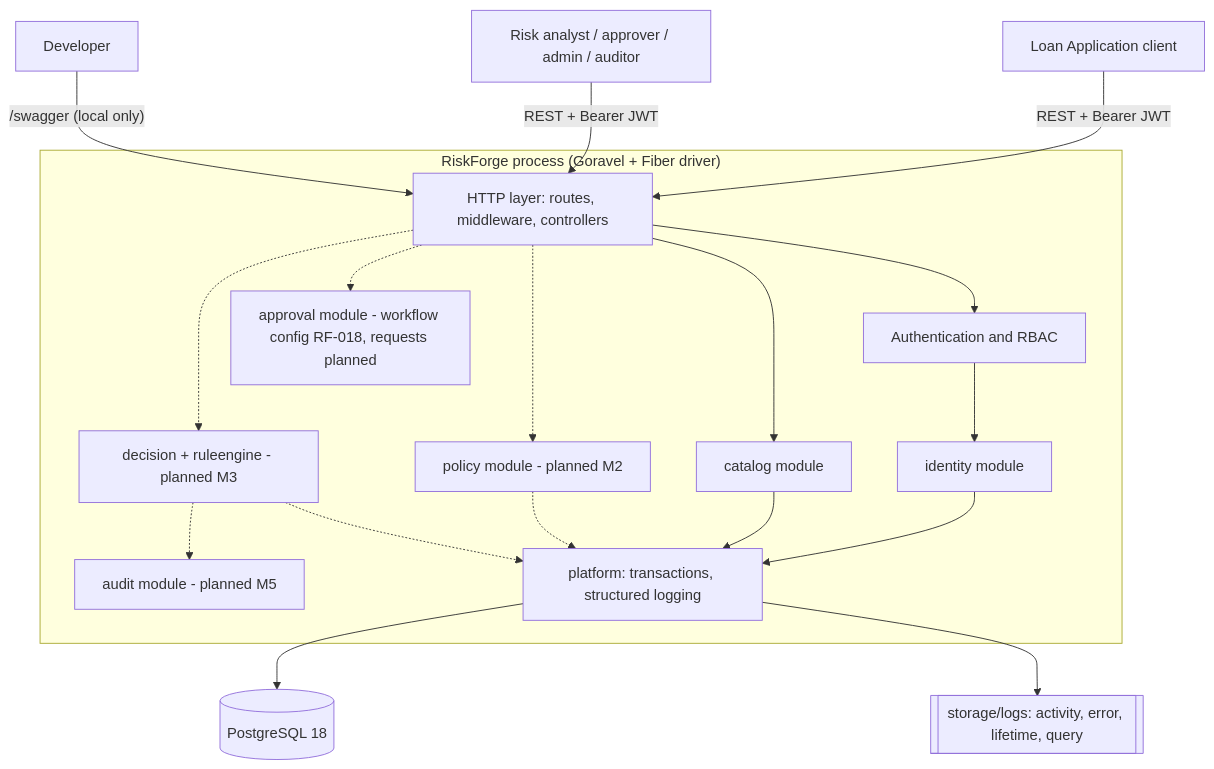
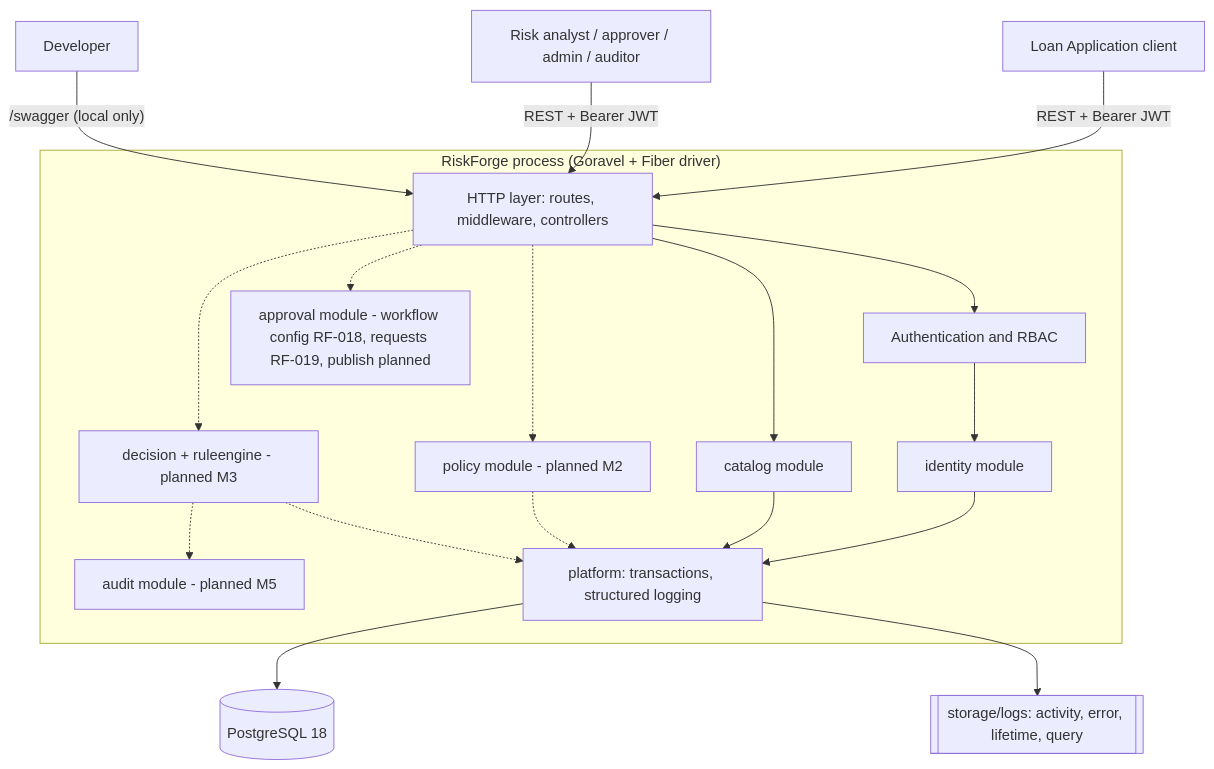
The first of 4 diagrams in docs/ARCHITECTURE.md (lathief/RiskForge), drawn with Mermaid before and after one commit. The commit also changed other lines of this file and 45 other files, not shown here.

````diff
--- a/docs/ARCHITECTURE.md
+++ b/docs/ARCHITECTURE.md
@@ -7,25 +7,25 @@
 ```mermaid
 flowchart TD
     LoanApp[Loan Application client] -->|"REST + Bearer JWT"| API
     Staff[Risk analyst / approver / admin / auditor] -->|"REST + Bearer JWT"| API
     Dev[Developer] -->|"/swagger (local only)"| API
 
     subgraph Process["RiskForge process (Goravel + Fiber driver)"]
         API[HTTP layer: routes, middleware, controllers]
         API --> AUTH[Authentication and RBAC]
         AUTH --> IDENTITY[identity module]
         API --> CATALOG[catalog module]
         API -.-> POLICY[policy module - planned M2]
         API -.-> ENGINE[decision + ruleengine - planned M3]
-        API -.-> APPROVAL[approval module - workflow config RF-018, requests planned]
+        API -.-> APPROVAL[approval module - workflow config RF-018, requests RF-019, publish planned]
         ENGINE -.-> AUDIT[audit module - planned M5]
         PLATFORM[platform: transactions, structured logging]
     end
 
     IDENTITY --> PLATFORM
     CATALOG --> PLATFORM
     POLICY -.-> PLATFORM
     ENGINE -.-> PLATFORM
     PLATFORM --> DB[(PostgreSQL 18)]
     PLATFORM --> LOGS[[storage/logs: activity, error, lifetime, query]]
 ```
````
